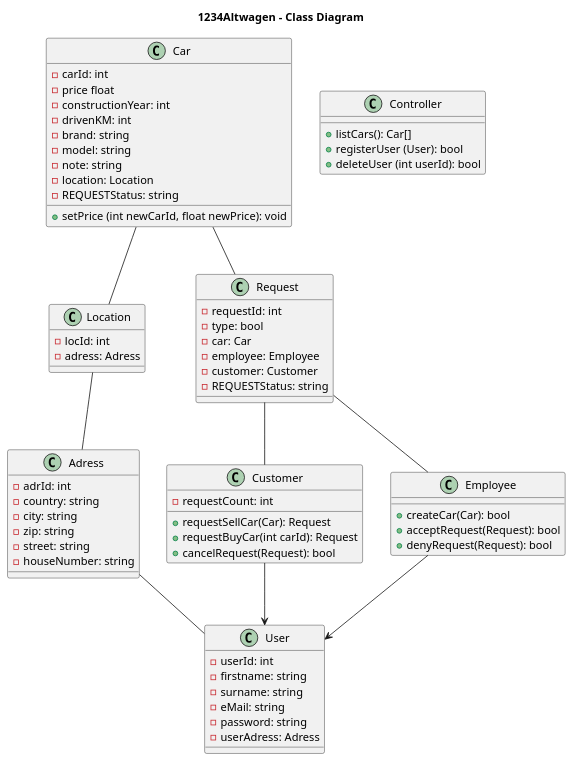
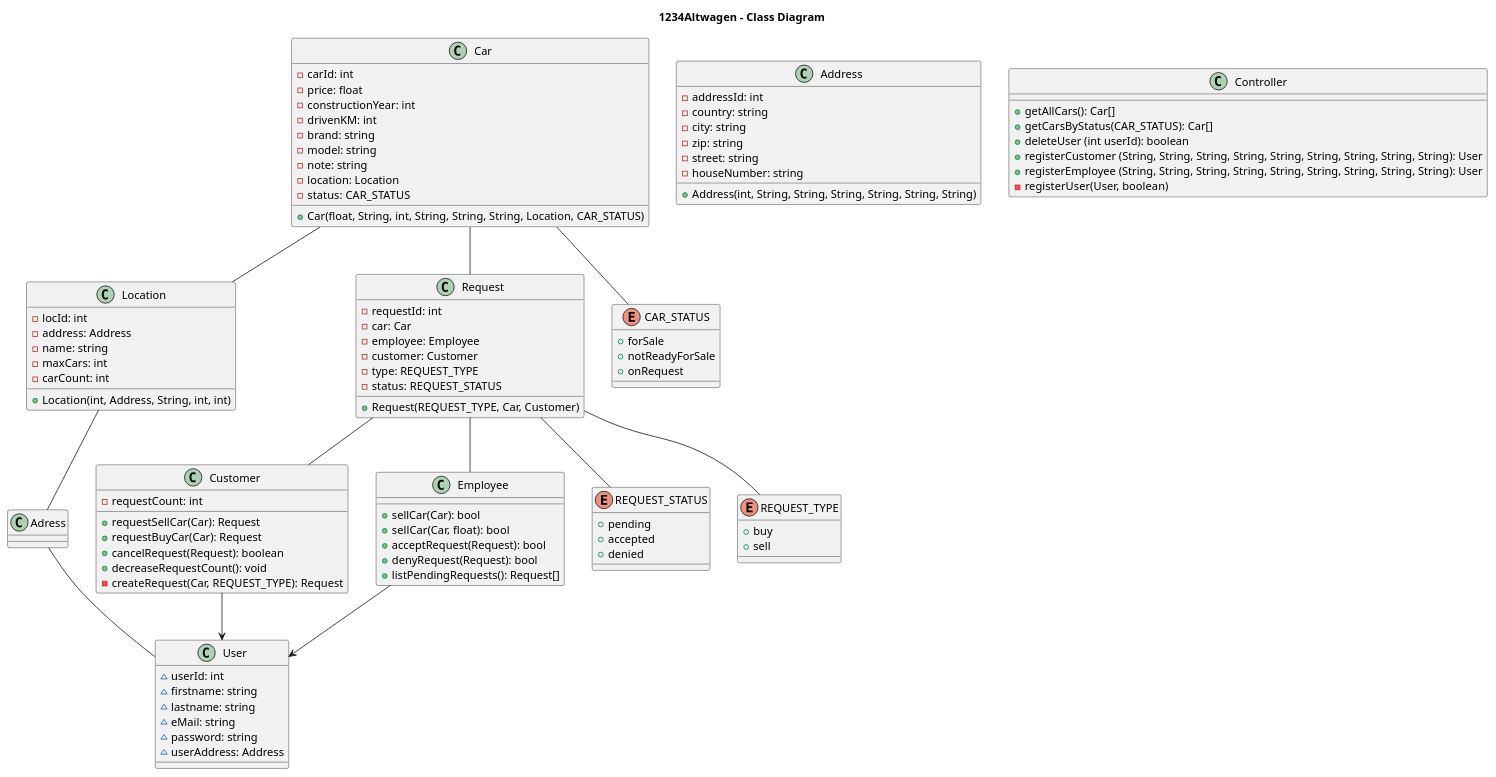
One commit to fh-erfurt/1234Altwagen changed the diagram in klassendiagramm.iuml. Above: the diagram before and after it, drawn with PlantUML. The commit also changed 1 other file, not shown here.

Commit message:
updated UML Diagramm

```diff
--- a/klassendiagramm.iuml
+++ b/klassendiagramm.iuml
@@ -1,74 +1,109 @@
 @startuml
 title 1234Altwagen - Class Diagram
 
 
 class Car {
     -carId: int
-    -price float
+    -price: float
     -constructionYear: int
     -drivenKM: int
     -brand: string
     -model: string
     -note: string
     -location: Location
-    -REQUESTStatus: string
-    +setPrice (int newCarId, float newPrice): void
+    -status: CAR_STATUS
+    +Car(float, String, int, String, String, String, Location, CAR_STATUS)
 }
 
 class Location {
     -locId: int
-    -adress: Adress
+    -address: Address
+    -name: string
+    -maxCars: int
+    -carCount: int
+    +Location(int, Address, String, int, int)
 }
 
 class Request {
     -requestId: int
-    -type: bool
     -car: Car
     -employee: Employee
     -customer: Customer
-    -REQUESTStatus: string
+    -type: REQUEST_TYPE
+    -status: REQUEST_STATUS
+    +Request(REQUEST_TYPE, Car, Customer)
 }
-class Adress {
-    -adrId: int
+
+class Address {
+    -addressId: int
     -country: string
     -city: string
     -zip: string
     -street: string
     -houseNumber: string
+    +Address(int, String, String, String, String, String, String)
 }
+
 class Controller {
-    +listCars(): Car[]
-    +registerUser (User): bool
-    +deleteUser (int userId): bool
+    +getAllCars(): Car[]
+    +getCarsByStatus(CAR_STATUS): Car[]
+    +deleteUser (int userId): boolean
+    +registerCustomer (String, String, String, String, String, String, String, String, String): User
+    +registerEmployee (String, String, String, String, String, String, String, String, String): User
+    -registerUser(User, boolean)
 }
 
 class User {
-    -userId: int
-    -firstname: string
-    -surname: string
-    -eMail: string
-    -password: string
-    -userAdress: Adress
+    ~userId: int
+    ~firstname: string
+    ~lastname: string
+    ~eMail: string
+    ~password: string
+    ~userAddress: Address
 }
 class Customer {
     -requestCount: int
     +requestSellCar(Car): Request
-    +requestBuyCar(int carId): Request
-    +cancelRequest(Request): bool
+    +requestBuyCar(Car): Request
+    +cancelRequest(Request): boolean
+    +decreaseRequestCount(): void
+    -createRequest(Car, REQUEST_TYPE): Request
 }
 class Employee {
-    +createCar(Car): bool
+    +sellCar(Car): bool
+    +sellCar(Car, float): bool
     +acceptRequest(Request): bool
     +denyRequest(Request): bool
+    +listPendingRequests(): Request[]
+}
+
+enum CAR_STATUS {
+    +forSale
+    +notReadyForSale
+    +onRequest
+}
+
+enum REQUEST_STATUS {
+    +pending
+    +accepted
+    +denied
+}
+
+enum REQUEST_TYPE {
+    +buy
+    +sell
 }
 
 Customer --> User
 Employee --> User
 
 Car -- Location
 Car -- Request
 Location -- Adress
 Request -- Customer
 Request -- Employee
 Adress -- User
+Car -- CAR_STATUS
+Request -- REQUEST_TYPE
+Request -- REQUEST_STATUS
 @enduml
```
